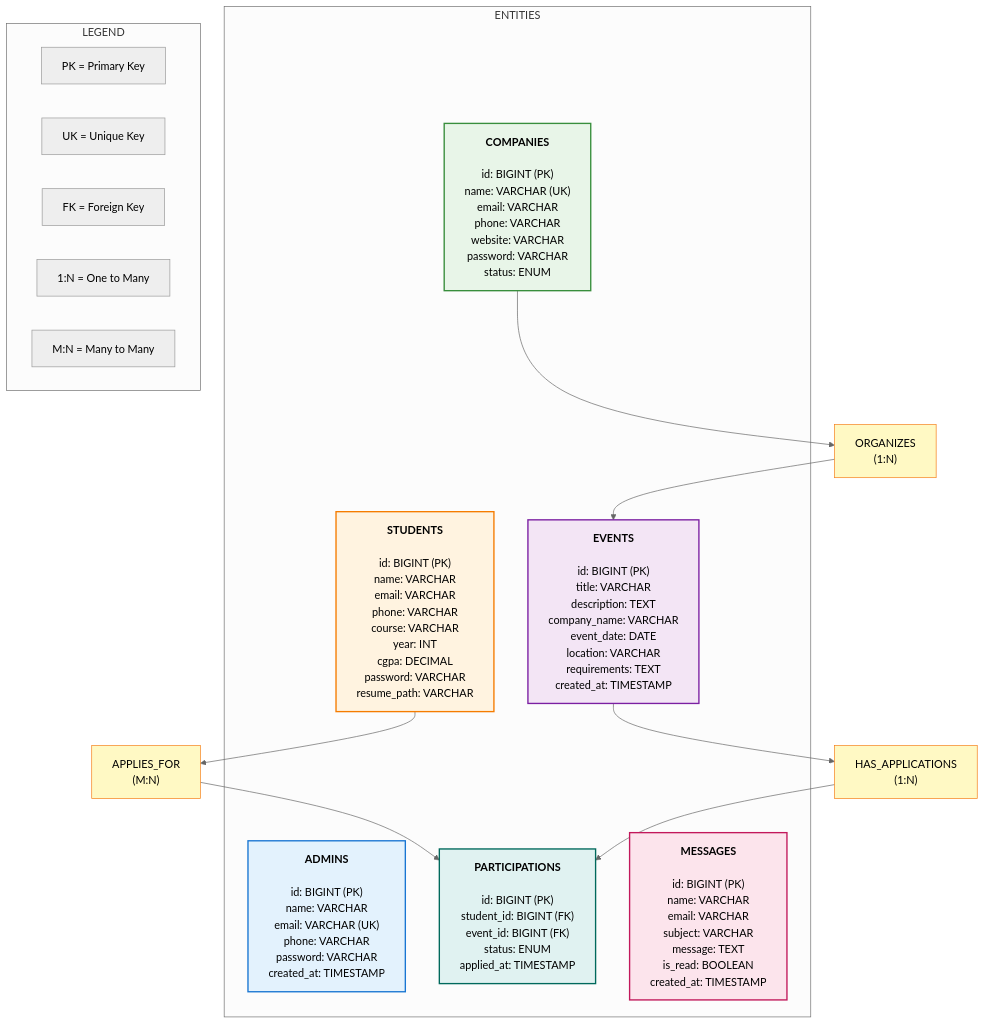
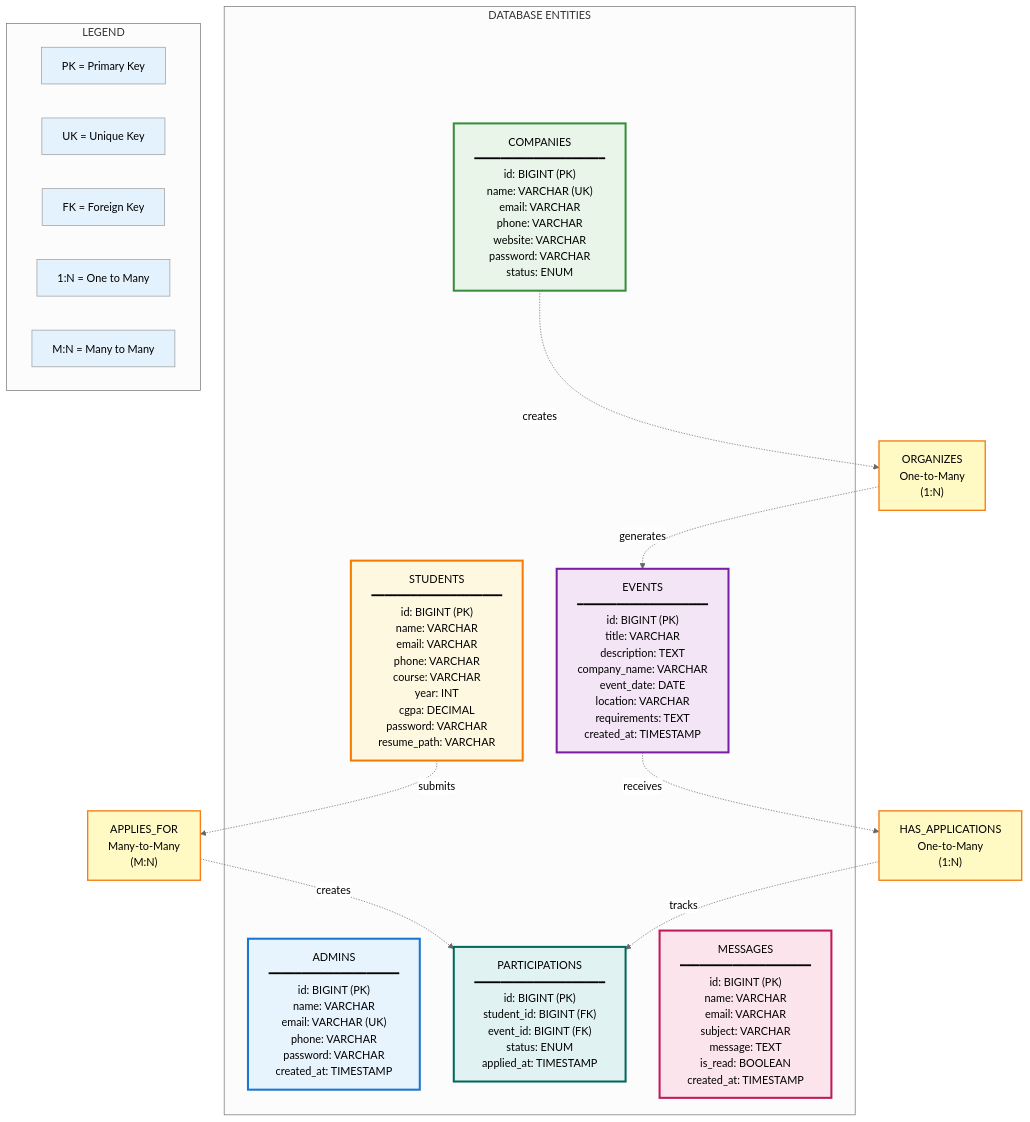
One commit to AbhishekGiri04/GEHU-Placement_Portal changed the first of 2 diagrams in README.md. Above: the diagram before and after it, drawn with Mermaid (neutral theme). The commit also changed other lines of this file, not shown here.

Commit message:
Enhance ER and Data Flow diagrams with professional styling

````diff
--- a/README.md
+++ b/README.md
@@ -121,62 +121,68 @@
 ```mermaid
 graph TB
     %% ============================================
-    %% VISUAL REPRESENTATION OF ER DIAGRAM
+    %% ENHANCED ER DIAGRAM WITH BETTER STYLING
     %% ============================================
 
     %% ========== ENTITY BOXES ==========
     
-    subgraph "ENTITIES"
-        ADMIN["<center><b>ADMINS</b></center><br/>id: BIGINT (PK)<br/>name: VARCHAR<br/>email: VARCHAR (UK)<br/>phone: VARCHAR<br/>password: VARCHAR<br/>created_at: TIMESTAMP"]
+    subgraph "DATABASE ENTITIES"
+        ADMIN["ADMINS<br/>━━━━━━━━━━━━━━━━━━━━<br/>id: BIGINT (PK)<br/>name: VARCHAR<br/>email: VARCHAR (UK)<br/>phone: VARCHAR<br/>password: VARCHAR<br/>created_at: TIMESTAMP"]
         
-        COMPANY["<center><b>COMPANIES</b></center><br/>id: BIGINT (PK)<br/>name: VARCHAR (UK)<br/>email: VARCHAR<br/>phone: VARCHAR<br/>website: VARCHAR<br/>password: VARCHAR<br/>status: ENUM"]
+        COMPANY["COMPANIES<br/>━━━━━━━━━━━━━━━━━━━━<br/>id: BIGINT (PK)<br/>name: VARCHAR (UK)<br/>email: VARCHAR<br/>phone: VARCHAR<br/>website: VARCHAR<br/>password: VARCHAR<br/>status: ENUM"]
         
-        STUDENT["<center><b>STUDENTS</b></center><br/>id: BIGINT (PK)<br/>name: VARCHAR<br/>email: VARCHAR<br/>phone: VARCHAR<br/>course: VARCHAR<br/>year: INT<br/>cgpa: DECIMAL<br/>password: VARCHAR<br/>resume_path: VARCHAR"]
+        STUDENT["STUDENTS<br/>━━━━━━━━━━━━━━━━━━━━<br/>id: BIGINT (PK)<br/>name: VARCHAR<br/>email: VARCHAR<br/>phone: VARCHAR<br/>course: VARCHAR<br/>year: INT<br/>cgpa: DECIMAL<br/>password: VARCHAR<br/>resume_path: VARCHAR"]
         
-        EVENT["<center><b>EVENTS</b></center><br/>id: BIGINT (PK)<br/>title: VARCHAR<br/>description: TEXT<br/>company_name: VARCHAR<br/>event_date: DATE<br/>location: VARCHAR<br/>requirements: TEXT<br/>created_at: TIMESTAMP"]
+        EVENT["EVENTS<br/>━━━━━━━━━━━━━━━━━━━━<br/>id: BIGINT (PK)<br/>title: VARCHAR<br/>description: TEXT<br/>company_name: VARCHAR<br/>event_date: DATE<br/>location: VARCHAR<br/>requirements: TEXT<br/>created_at: TIMESTAMP"]
         
-        PARTICIPATION["<center><b>PARTICIPATIONS</b></center><br/>id: BIGINT (PK)<br/>student_id: BIGINT (FK)<br/>event_id: BIGINT (FK)<br/>status: ENUM<br/>applied_at: TIMESTAMP"]
+        PARTICIPATION["PARTICIPATIONS<br/>━━━━━━━━━━━━━━━━━━━━<br/>id: BIGINT (PK)<br/>student_id: BIGINT (FK)<br/>event_id: BIGINT (FK)<br/>status: ENUM<br/>applied_at: TIMESTAMP"]
         
-        MESSAGE["<center><b>MESSAGES</b></center><br/>id: BIGINT (PK)<br/>name: VARCHAR<br/>email: VARCHAR<br/>subject: VARCHAR<br/>message: TEXT<br/>is_read: BOOLEAN<br/>created_at: TIMESTAMP"]
+        MESSAGE["MESSAGES<br/>━━━━━━━━━━━━━━━━━━━━<br/>id: BIGINT (PK)<br/>name: VARCHAR<br/>email: VARCHAR<br/>subject: VARCHAR<br/>message: TEXT<br/>is_read: BOOLEAN<br/>created_at: TIMESTAMP"]
     end
 
     %% ========== RELATIONSHIPS ==========
     
-    ORG["<center>ORGANIZES<br/>(1:N)</center>"]
-    REG["<center>APPLIES_FOR<br/>(M:N)</center>"]
-    HAS["<center>HAS_APPLICATIONS<br/>(1:N)</center>"]
+    ORG["ORGANIZES<br/>One-to-Many<br/>(1:N)"]
+    REG["APPLIES_FOR<br/>Many-to-Many<br/>(M:N)"]
+    HAS["HAS_APPLICATIONS<br/>One-to-Many<br/>(1:N)"]
 
     %% ========== CONNECTIONS ==========
     
-    COMPANY --> ORG
-    ORG --> EVENT
+    COMPANY -.->|creates| ORG
+    ORG -.->|generates| EVENT
     
-    STUDENT --> REG
-    REG --> PARTICIPATION
+    STUDENT -.->|submits| REG
+    REG -.->|creates| PARTICIPATION
     
-    EVENT --> HAS
-    HAS --> PARTICIPATION
+    EVENT -.->|receives| HAS
+    HAS -.->|tracks| PARTICIPATION
 
-    %% ========== STYLING ==========
+    %% ========== ENHANCED STYLING ==========
     
-    style ADMIN fill:#E3F2FD,color:#000,stroke:#1976D2,stroke-width:2px
-    style COMPANY fill:#E8F5E8,color:#000,stroke:#388E3C,stroke-width:2px
-    style STUDENT fill:#FFF3E0,color:#000,stroke:#F57C00,stroke-width:2px
-    style EVENT fill:#F3E5F5,color:#000,stroke:#7B1FA2,stroke-width:2px
-    style PARTICIPATION fill:#E0F2F1,color:#000,stroke:#00695C,stroke-width:2px
-    style MESSAGE fill:#FCE4EC,color:#000,stroke:#C2185B,stroke-width:2px
+    style ADMIN fill:#E8F4FD,stroke:#1976D2,stroke-width:3px,color:#000
+    style COMPANY fill:#E8F5E8,stroke:#388E3C,stroke-width:3px,color:#000
+    style STUDENT fill:#FFF8E1,stroke:#F57C00,stroke-width:3px,color:#000
+    style EVENT fill:#F3E5F5,stroke:#7B1FA2,stroke-width:3px,color:#000
+    style PARTICIPATION fill:#E0F2F1,stroke:#00695C,stroke-width:3px,color:#000
+    style MESSAGE fill:#FCE4EC,stroke:#C2185B,stroke-width:3px,color:#000
     
-    style ORG fill:#FFF9C4,color:#000,stroke:#F57F17,stroke-width:1px
-    style REG fill:#FFF9C4,color:#000,stroke:#F57F17,stroke-width:1px
-    style HAS fill:#FFF9C4,color:#000,stroke:#F57F17,stroke-width:1px
+    style ORG fill:#FFF9C4,stroke:#F57F17,stroke-width:2px,color:#000
+    style REG fill:#FFF9C4,stroke:#F57F17,stroke-width:2px,color:#000
+    style HAS fill:#FFF9C4,stroke:#F57F17,stroke-width:2px,color:#000
 
     %% ========== LEGEND ==========
     
     subgraph "LEGEND"
         L1["PK = Primary Key"]
         L2["UK = Unique Key"]
         L3["FK = Foreign Key"]
         L4["1:N = One to Many"]
         L5["M:N = Many to Many"]
     end
+    
+    style L1 fill:#E3F2FD,color:#000
+    style L2 fill:#E3F2FD,color:#000
+    style L3 fill:#E3F2FD,color:#000
+    style L4 fill:#E3F2FD,color:#000
+    style L5 fill:#E3F2FD,color:#000
 ```
````
